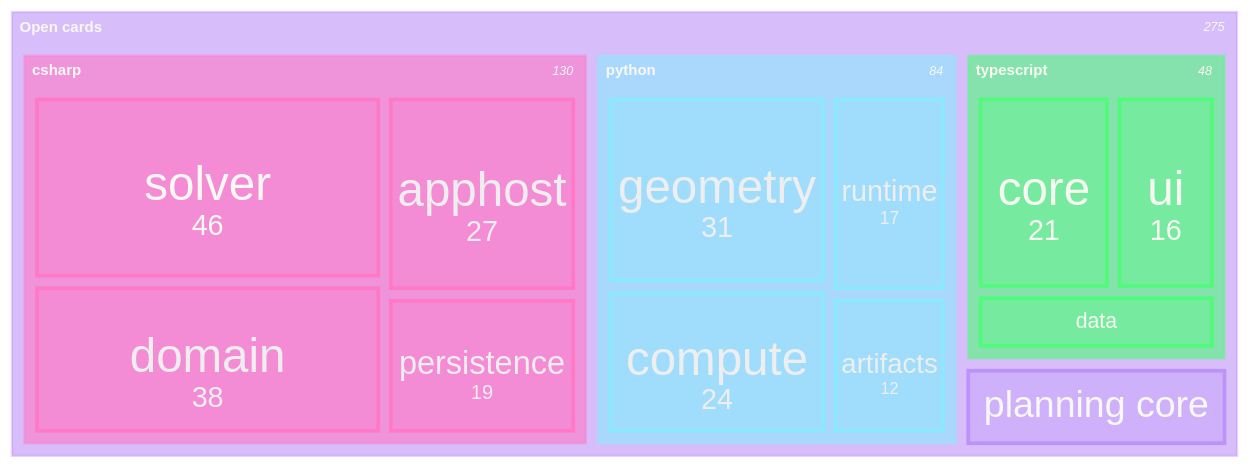
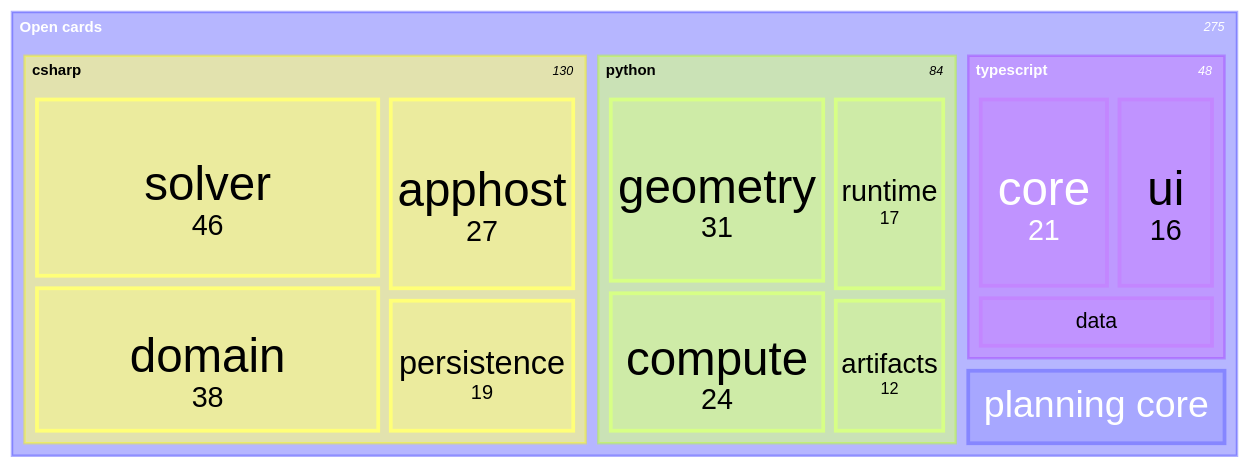
One commit to bsamiee/Rasm changed the diagram in .claude/skills/mermaid-diagramming/templates/decomposition.mmd.md. Above: the diagram before and after it, drawn with Mermaid. The commit also changed other lines of this file and 28 other files, not shown here.

Commit message:
skills(docgen+mermaid): payload-only diagram law — docgen gate/fixer strips fence styling; mermaid bundle sheds the styling canon, theming survives as one opt-in reference

````diff
--- a/.claude/skills/mermaid-diagramming/templates/decomposition.mmd.md
+++ b/.claude/skills/mermaid-diagramming/templates/decomposition.mmd.md
@@ -5,52 +5,27 @@
 ```mermaid
 ---
 config:
-  theme: base
-  look: classic
   treemap:
     showValues: true
     valueFormat: ','
-  themeVariables:
-    darkMode: true
-    fontFamily: "SF Mono, Menlo, Cascadia Mono, Segoe UI Mono, Consolas, monospace"
-    useGradient: false
-    dropShadow: "none"
-    textColor: "#F8F8F2"
-    titleColor: "#F8F8F2"
-    cScale0: "#BD93F9"
-    cScale1: "#FF79C6"
-    cScale2: "#8BE9FD"
-    cScale3: "#50FA7B"
-    cScale4: "#FFB86C"
-    cScaleLabel0: "#F8F8F2"
-    cScaleLabel1: "#F8F8F2"
-    cScaleLabel2: "#F8F8F2"
-    cScaleLabel3: "#F8F8F2"
-    cScaleLabel4: "#F8F8F2"
-    cScalePeer0: "#BD93F9"
-    cScalePeer1: "#FF79C6"
-    cScalePeer2: "#8BE9FD"
-    cScalePeer3: "#50FA7B"
-    cScalePeer4: "#FFB86C"
-  themeCSS: ".treemapLeaf{fill-opacity:.45;stroke-width:1.5px}.treemapSection{fill:#21222C!important;fill-opacity:1;stroke-opacity:1;stroke-width:1px}.treemapSectionLabel{font-size:13.5px;font-weight:700}.treemapSectionValue{font-size:12px}.treemapLabel{font-size:13px!important;font-weight:500}.treemapValue{font-size:12px!important}.treemapTitle{font-size:15px;font-weight:600}"
 ---
 treemap-beta
 accTitle: Open planning work decomposition
 accDescr: Open card counts decomposed across the three language branches and the shared planning core, so tile area answers where the remaining work concentrates.
 "Open cards"
     "csharp"
         "solver": 46
         "domain": 38
         "apphost": 27
         "persistence": 19
     "python"
         "geometry": 31
         "compute": 24
         "runtime": 17
         "artifacts": 12
     "typescript"
         "core": 21
         "ui": 16
         "data": 11
     "planning core": 13
 ```
````
